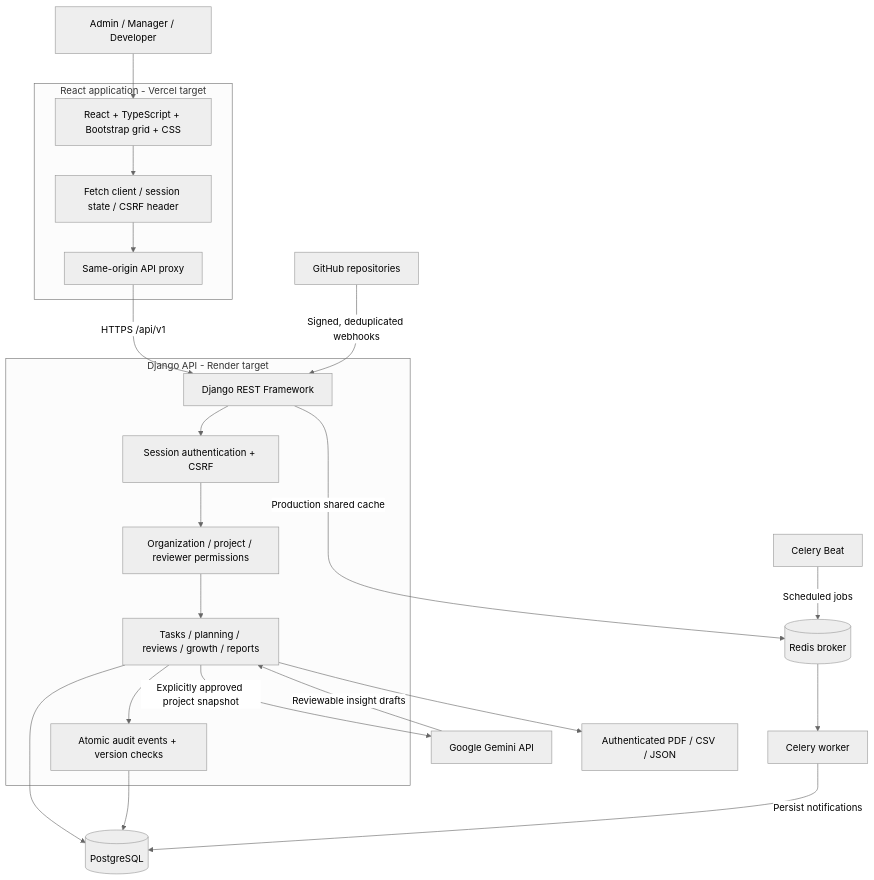
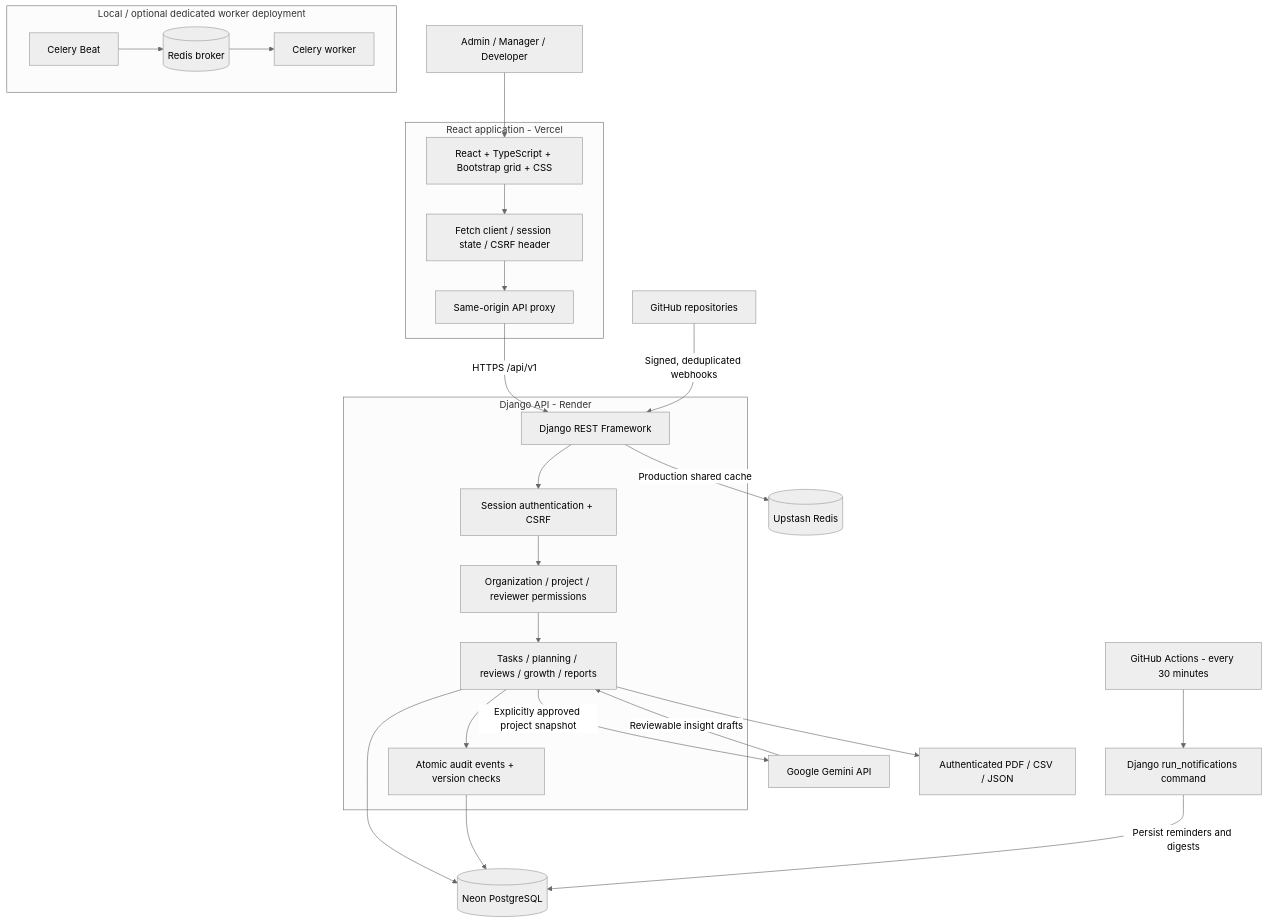
Before and after one commit to Shazil81/SprintLens: the diagram in README.md, drawn with Mermaid (neutral theme). The commit also changed other lines of this file, not shown here.

Commit message:
Add live app link and verified deployment architecture to README

````diff
--- a/README.md
+++ b/README.md
@@ -37,29 +47,32 @@
 ```mermaid
 flowchart TB
     Users[Admin / Manager / Developer] --> UI
-    subgraph Frontend[React application - Vercel target]
+    subgraph Frontend[React application - Vercel]
         UI[React + TypeScript + Bootstrap grid + CSS]
         UI --> Client[Fetch client / session state / CSRF header]
         Client --> Proxy[Same-origin API proxy]
     end
-    subgraph Backend[Django API - Render target]
+    subgraph Backend[Django API - Render]
         API[Django REST Framework]
         Auth[Session authentication + CSRF]
         Access[Organization / project / reviewer permissions]
         Logic[Tasks / planning / reviews / growth / reports]
         Audit[Atomic audit events + version checks]
         API --> Auth --> Access --> Logic
         Logic --> Audit
     end
     Proxy -->|HTTPS /api/v1| API
-    Logic --> DB[(PostgreSQL)]
+    Logic --> DB[(Neon PostgreSQL)]
     Audit --> DB
-    Beat[Celery Beat] -->|Scheduled jobs| Redis[(Redis broker)]
-    Redis --> Worker[Celery worker]
-    Worker -->|Persist notifications| DB
-    API -->|Production shared cache| Redis
+    Actions[GitHub Actions - every 30 minutes] --> Command[Django run_notifications command]
+    Command -->|Persist reminders and digests| DB
+    API -->|Production shared cache| Redis[(Upstash Redis)]
+    subgraph LocalJobs[Local / optional dedicated worker deployment]
+        Beat[Celery Beat] --> Broker[(Redis broker)]
+        Broker --> Worker[Celery worker]
+    end
     GitHub[GitHub repositories] -->|Signed, deduplicated webhooks| API
     Logic -->|Explicitly approved project snapshot| Gemini[Google Gemini API]
     Gemini -->|Reviewable insight drafts| Logic
     Logic --> Exports[Authenticated PDF / CSV / JSON]
 ```
````
